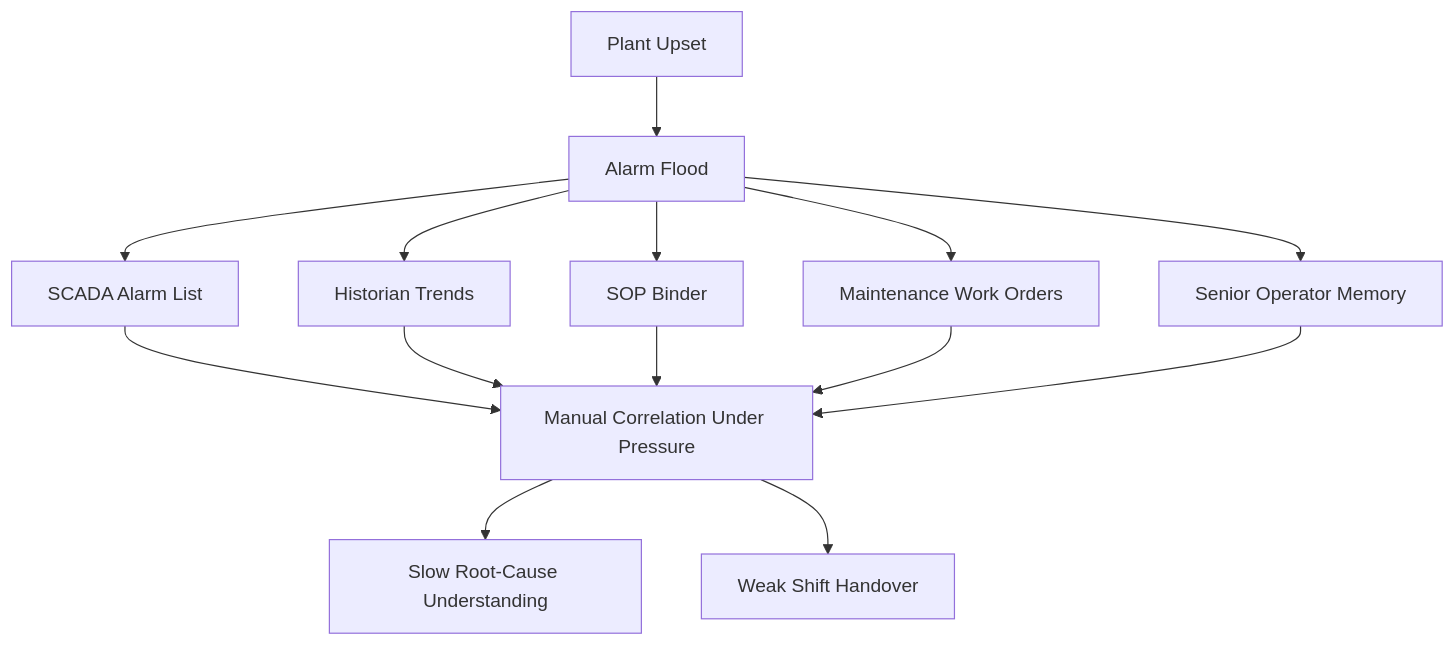
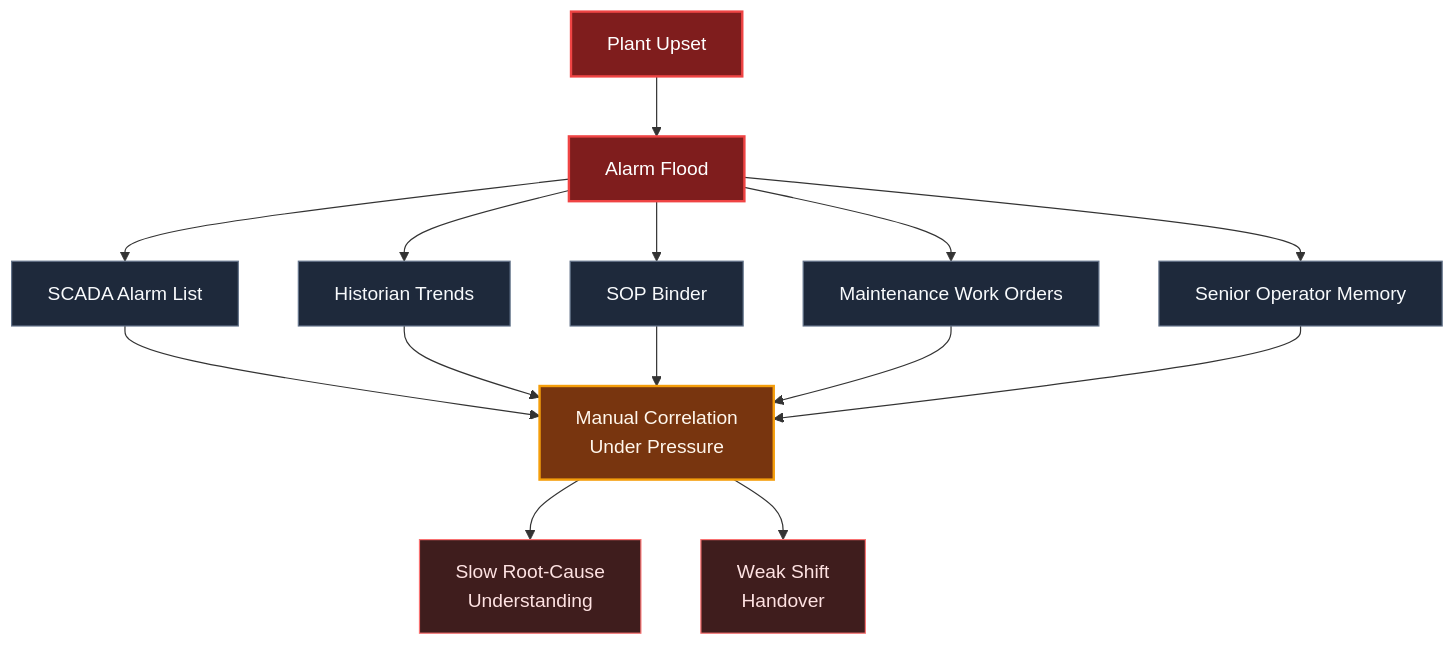
One commit to chunkai4u/edge-incident-copilot changed the second of 4 diagrams in README.md. Above: the diagram before and after it, drawn with Mermaid. The commit also changed other lines of this file, not shown here.

Commit message:
Improve README diagrams

````diff
--- a/README.md
+++ b/README.md
@@ -56,16 +65,25 @@
 ```mermaid
 flowchart TD
     A[Plant Upset] --> B[Alarm Flood]
     B --> C[SCADA Alarm List]
     B --> D[Historian Trends]
     B --> E[SOP Binder]
     B --> F[Maintenance Work Orders]
     B --> G[Senior Operator Memory]
-    C --> H[Manual Correlation Under Pressure]
+    C --> H[Manual Correlation<br/>Under Pressure]
     D --> H
     E --> H
     F --> H
     G --> H
-    H --> I[Slow Root-Cause Understanding]
-    H --> J[Weak Shift Handover]
+    H --> I[Slow Root-Cause<br/>Understanding]
+    H --> J[Weak Shift<br/>Handover]
+
+    classDef incident fill:#7f1d1d,stroke:#ef4444,color:#ffffff,stroke-width:2px;
+    classDef source fill:#1e293b,stroke:#64748b,color:#f8fafc;
+    classDef burden fill:#78350f,stroke:#f59e0b,color:#fff7ed,stroke-width:2px;
+    classDef cost fill:#3f1d1d,stroke:#f87171,color:#fee2e2;
+    class A,B incident;
+    class C,D,E,F,G source;
+    class H burden;
+    class I,J cost;
 ```
````
